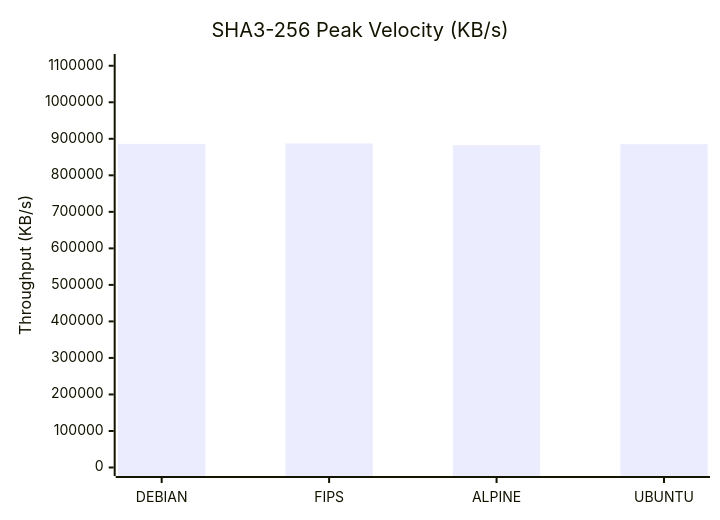
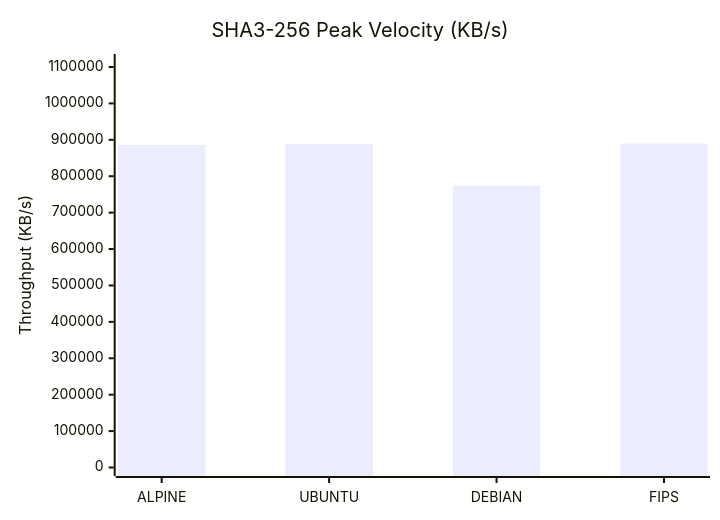
The third of 9 diagrams in docs/Comparison_Report.md (taha2samy/openssl_fips), drawn with Mermaid before and after one commit. The commit also changed other lines of this file and 2 other files, not shown here.

````diff
--- a/docs/Comparison_Report.md
+++ b/docs/Comparison_Report.md
@@ -74,7 +74,7 @@
 ```mermaid
 xychart-beta
     title "SHA3-256 Peak Velocity (KB/s)"
-    x-axis [DEBIAN, FIPS, ALPINE, UBUNTU]
-    y-axis "Throughput (KB/s)" 0 --> 1108908
-    bar [886035.25, 887126.43, 882688.0, 885329.1]
+    x-axis [ALPINE, UBUNTU, DEBIAN, FIPS]
+    y-axis "Throughput (KB/s)" 0 --> 1112350
+    bar [885848.47, 888022.63, 774322.59, 889880.58]
 ```
````
